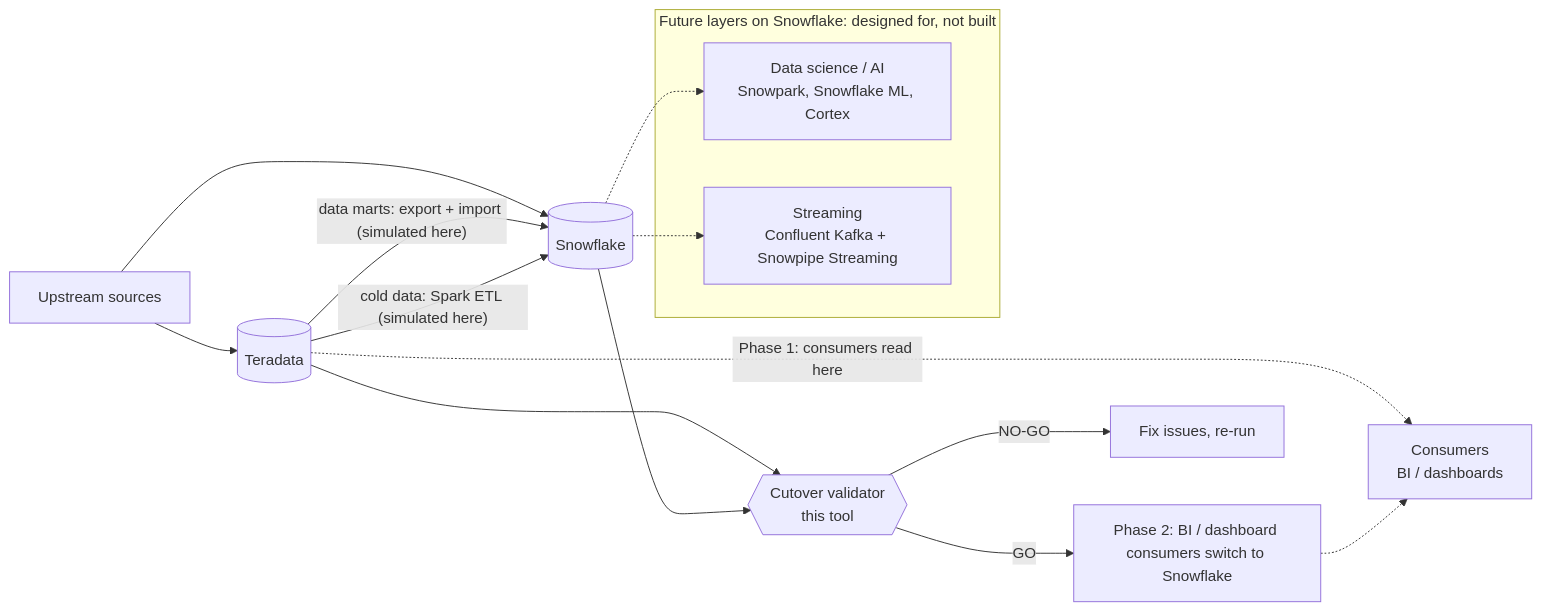
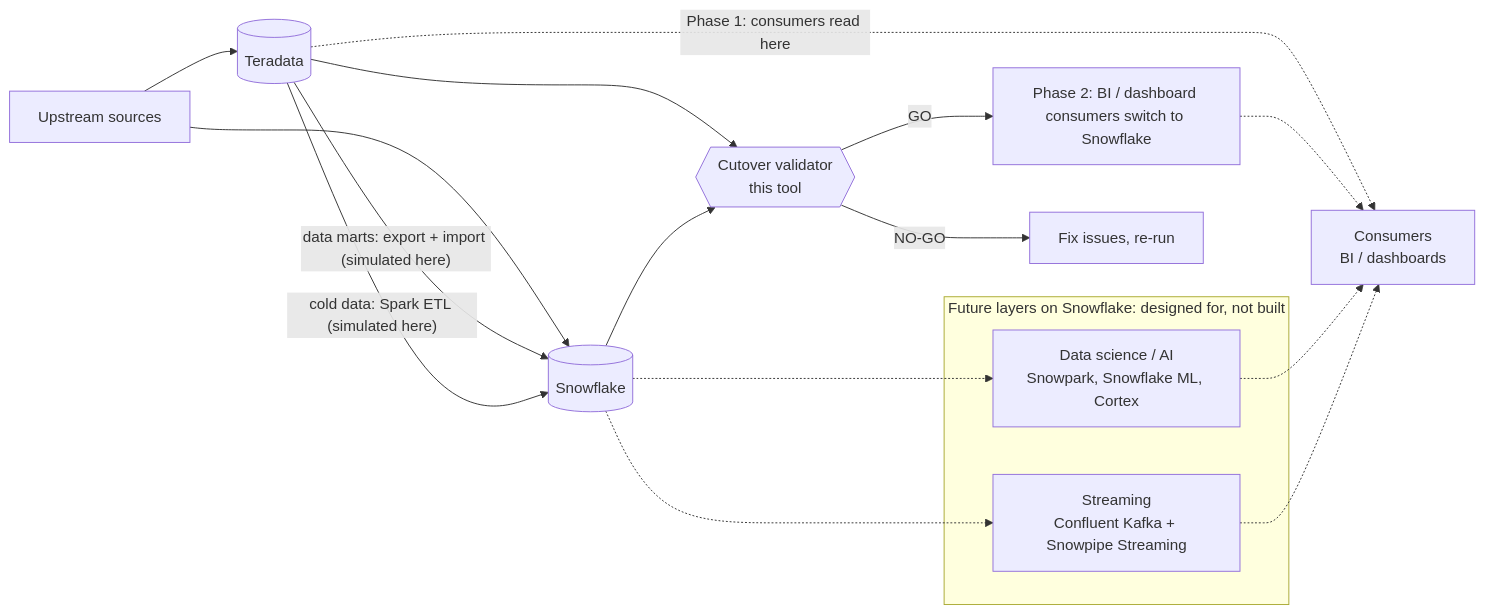
Before and after one commit to Ramkannan1981/td-snowflake-cutover-validator: the diagram in evidence/design.md, drawn with Mermaid.

Commit message:
docs: future layers feed BI dashboards in design diagram

````diff
--- a/evidence/design.md
+++ b/evidence/design.md
@@ -23,21 +23,23 @@
 ```mermaid
 flowchart LR
     SRC[Upstream sources] --> TD[(Teradata)]
     SRC --> SF[(Snowflake)]
     TD -- "data marts: export + import (simulated here)" --> SF
     TD -- "cold data: Spark ETL (simulated here)" --> SF
     TD -. "Phase 1: consumers read here" .-> CON["Consumers<br/>BI / dashboards"]
 
     TD --> V{{Cutover validator<br/>this tool}}
     SF --> V
     V -- GO --> P2["Phase 2: BI / dashboard consumers switch to Snowflake"]
     V -- NO-GO --> FIX["Fix issues, re-run"]
     P2 -.-> CON
 
     subgraph FUT["Future layers on Snowflake: designed for, not built"]
         DS["Data science / AI<br/>Snowpark, Snowflake ML, Cortex"]
         ST["Streaming<br/>Confluent Kafka + Snowpipe Streaming"]
     end
     SF -.-> DS
     SF -.-> ST
+    DS -.-> CON
+    ST -.-> CON
 ```
````
